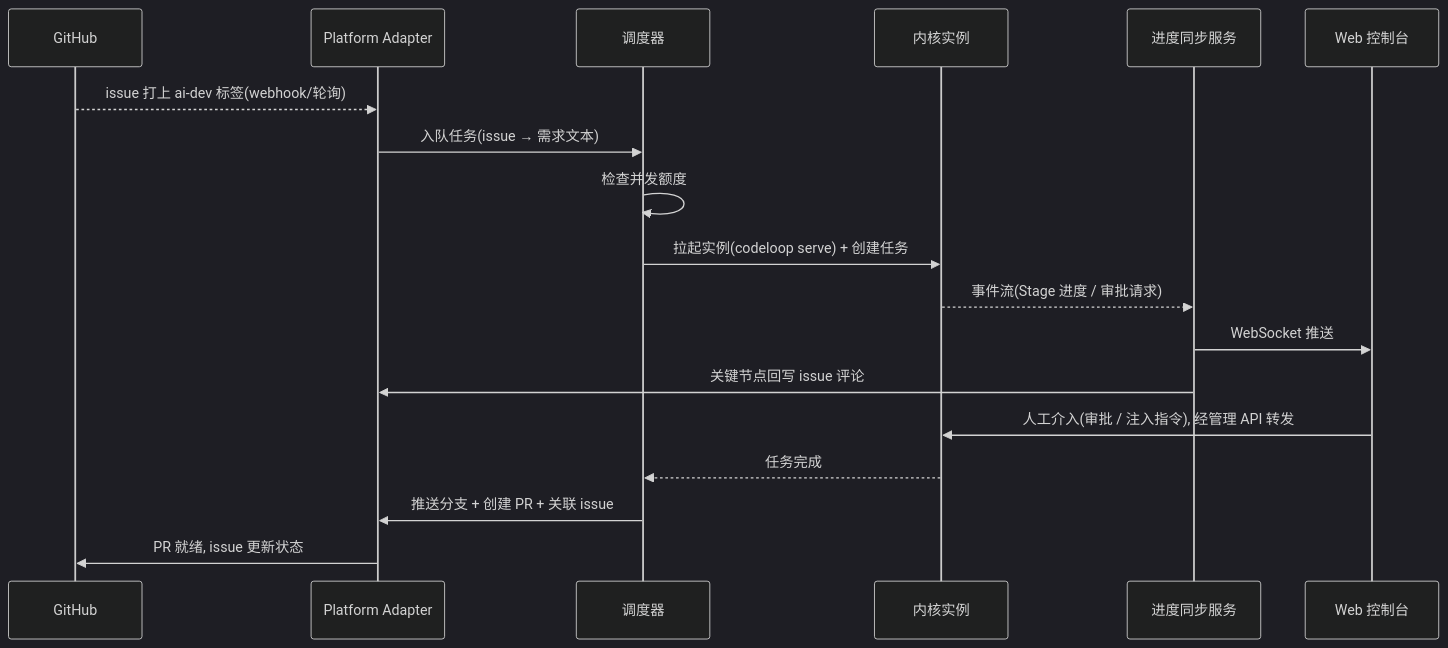
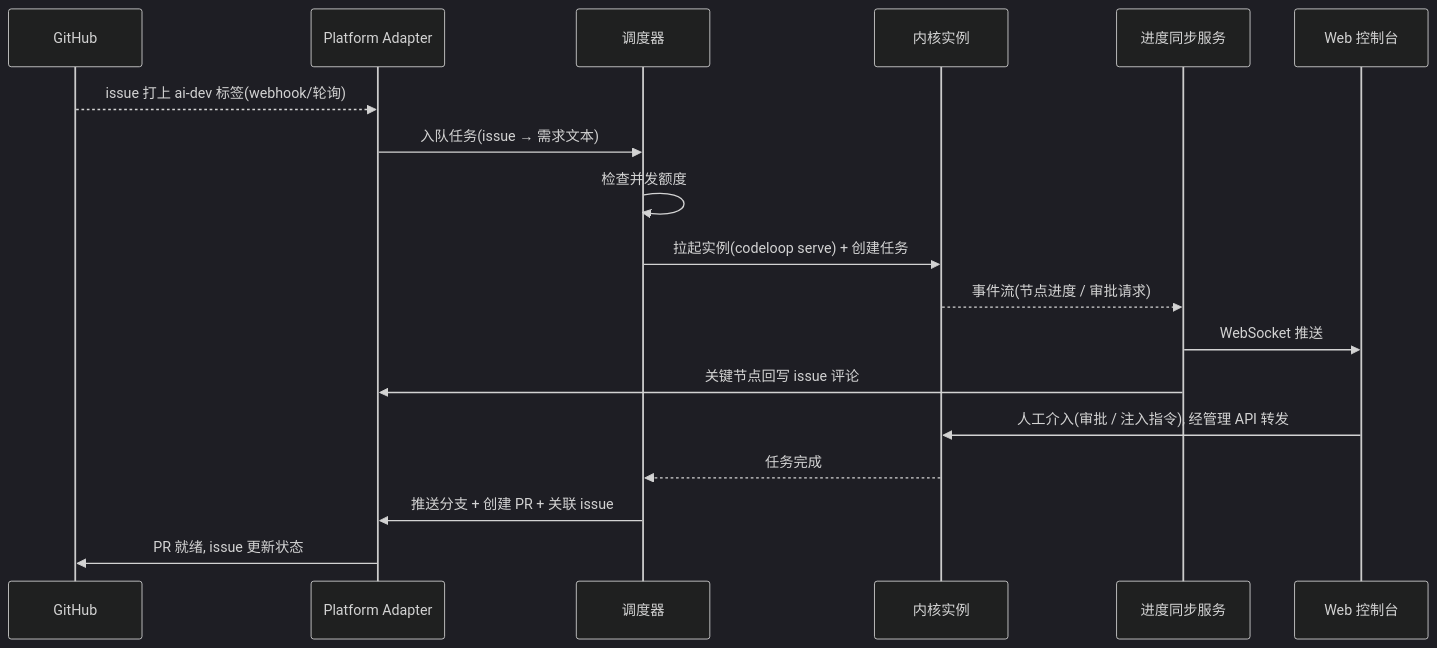
Before and after one commit to ddlqhd/dev-tools: the third of 3 diagrams in docs/architecture.md, drawn with Mermaid (dark theme). The commit also changed other lines of this file and 2 other files, not shown here.

````diff
--- a/docs/architecture.md
+++ b/docs/architecture.md
@@ -148,21 +148,21 @@
 ```mermaid
 sequenceDiagram
     participant GH as GitHub
     participant PA as Platform Adapter
     participant S as 调度器
     participant K as 内核实例
     participant Sync as 进度同步服务
     participant UI as Web 控制台
 
     GH-->>PA: issue 打上 ai-dev 标签(webhook/轮询)
     PA->>S: 入队任务(issue → 需求文本)
     S->>S: 检查并发额度
     S->>K: 拉起实例(codeloop serve) + 创建任务
-    K-->>Sync: 事件流(Stage 进度 / 审批请求)
+    K-->>Sync: 事件流(节点进度 / 审批请求)
     Sync->>UI: WebSocket 推送
     Sync->>PA: 关键节点回写 issue 评论
     UI->>K: 人工介入(审批 / 注入指令), 经管理 API 转发
     K-->>S: 任务完成
     S->>PA: 推送分支 + 创建 PR + 关联 issue
     PA->>GH: PR 就绪, issue 更新状态
 ```
````
